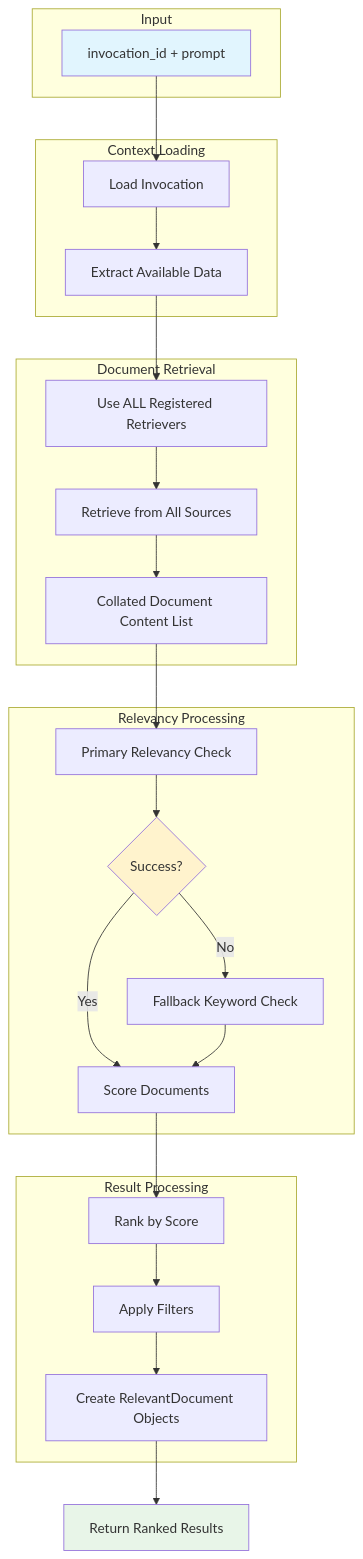
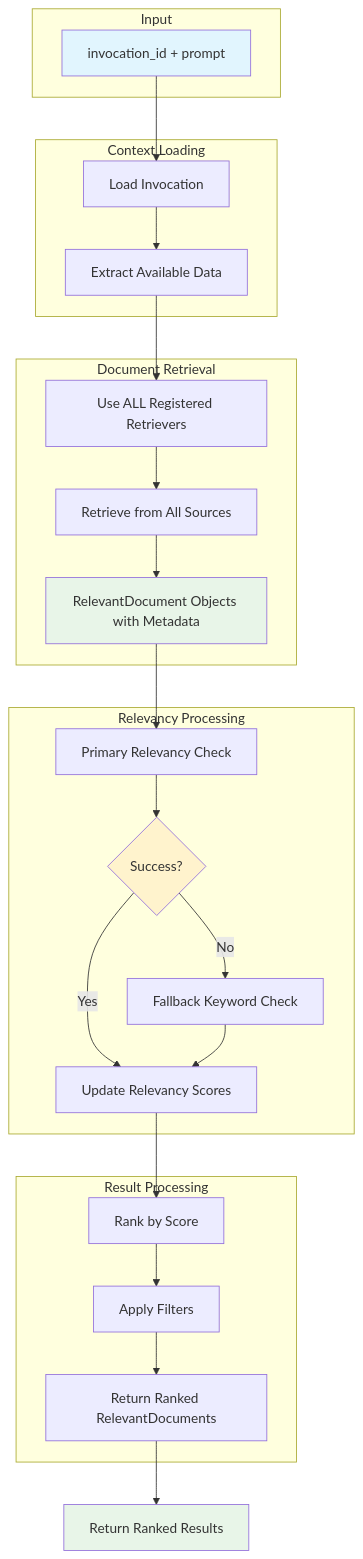
Before and after one commit to alinabuzachis/syntara: the diagram in specs/015-retriever-framework/data-model.md, drawn with Mermaid. The commit also changed other lines of this file and 4 other files, not shown here.

````diff
--- a/specs/015-retriever-framework/data-model.md
+++ b/specs/015-retriever-framework/data-model.md
@@ -118,37 +129,38 @@
 ```mermaid
 graph TB
     subgraph "Input"
         A[invocation_id + prompt]
     end
 
     subgraph "Context Loading"
         B[Load Invocation] --> C[Extract Available Data]
     end
 
     subgraph "Document Retrieval"
         D[Use ALL Registered Retrievers] --> E[Retrieve from All Sources]
-        E --> F[Collated Document Content List]
+        E --> F[RelevantDocument Objects with Metadata]
     end
 
     subgraph "Relevancy Processing"
         G[Primary Relevancy Check] --> H{Success?}
-        H -->|Yes| I[Score Documents]
+        H -->|Yes| I[Update Relevancy Scores]
         H -->|No| J[Fallback Keyword Check]
         J --> I
     end
 
     subgraph "Result Processing"
         I --> K[Rank by Score]
         K --> L[Apply Filters]
-        L --> M[Create RelevantDocument Objects]
+        L --> M[Return Ranked RelevantDocuments]
     end
 
     A --> B
     C --> D
     F --> G
     M --> N[Return Ranked Results]
 
     style A fill:#e1f5fe
     style N fill:#e8f5e8
     style H fill:#fff3cd
+    style F fill:#e8f5e8
 ```
````
